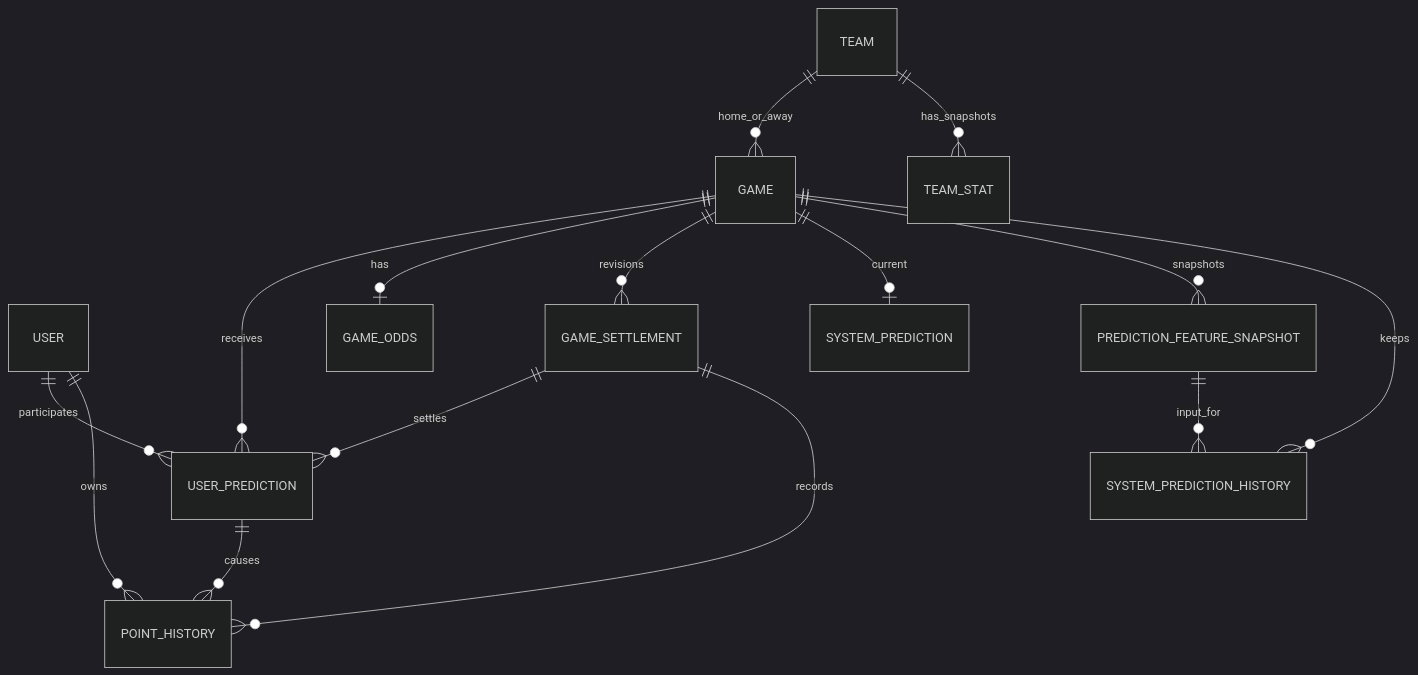
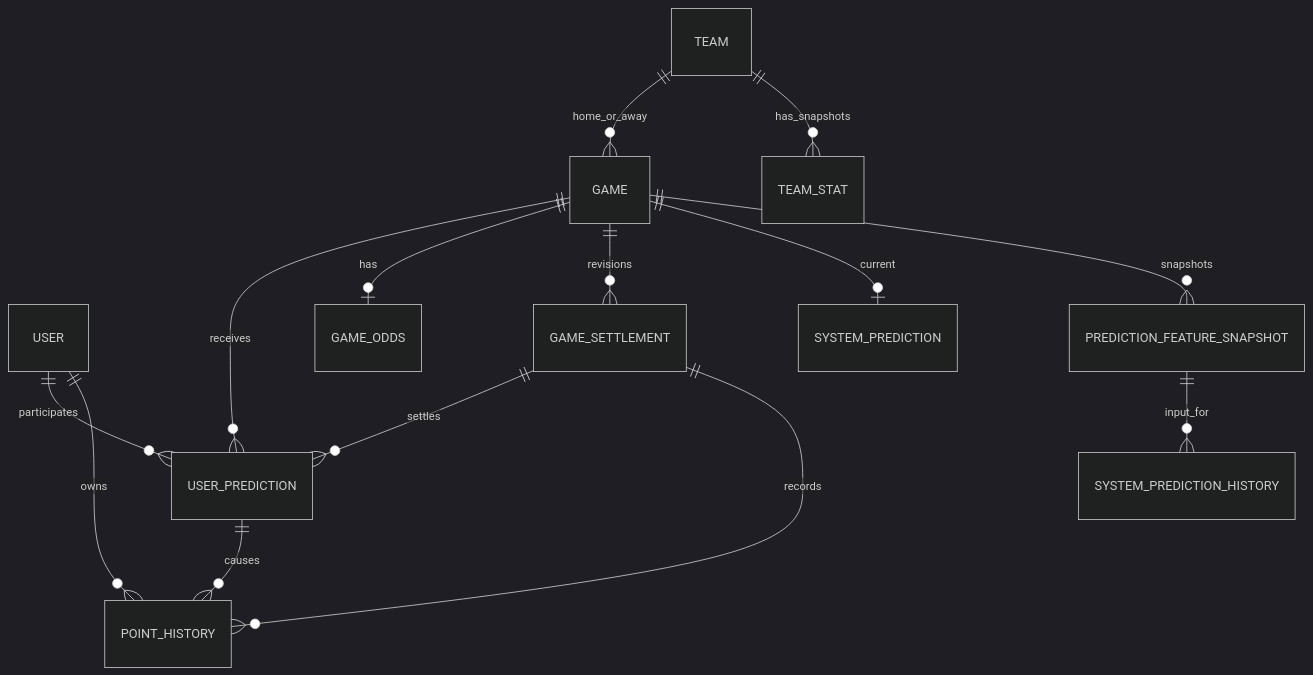
One commit to Song1524/KBO_Predictor changed the third of 3 diagrams in README.md. Above: the diagram before and after it, drawn with Mermaid (dark theme). The commit also changed other lines of this file and 1 other file, not shown here.

````diff
--- a/README.md
+++ b/README.md
@@ -189,21 +116,16 @@
 ```mermaid
 erDiagram
     USER ||--o{ USER_PREDICTION : participates
     USER ||--o{ POINT_HISTORY : owns
-
     TEAM ||--o{ GAME : home_or_away
     TEAM ||--o{ TEAM_STAT : has_snapshots
-
     GAME ||--o{ USER_PREDICTION : receives
     GAME ||--o| GAME_ODDS : has
     GAME ||--o{ GAME_SETTLEMENT : revisions
     GAME ||--o| SYSTEM_PREDICTION : current
     GAME ||--o{ PREDICTION_FEATURE_SNAPSHOT : snapshots
-
     GAME_SETTLEMENT ||--o{ USER_PREDICTION : settles
     GAME_SETTLEMENT ||--o{ POINT_HISTORY : records
     USER_PREDICTION ||--o{ POINT_HISTORY : causes
-
     PREDICTION_FEATURE_SNAPSHOT ||--o{ SYSTEM_PREDICTION_HISTORY : input_for
-    GAME ||--o{ SYSTEM_PREDICTION_HISTORY : keeps
 ```
````
